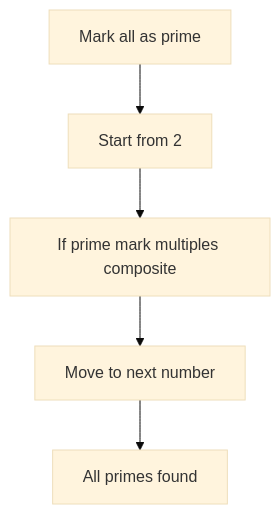
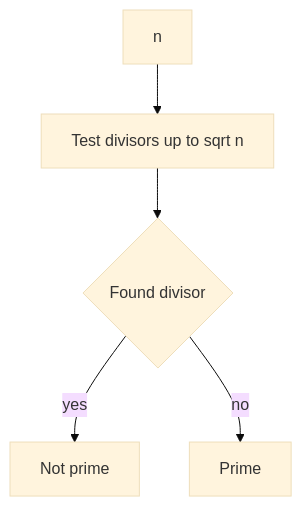
Diagram 12 of 14 in CP_DSA_NOTES/000_MATH/cp_dsa_math_visual_reference.md (mthaiseer/springcloud-systemdesign-notes), drawn with Mermaid (base theme) before and after one commit. The commit also changed other lines of this file, not shown here.

````diff
--- a/CP_DSA_NOTES/000_MATH/cp_dsa_math_visual_reference.md
+++ b/CP_DSA_NOTES/000_MATH/cp_dsa_math_visual_reference.md
@@ -451,7 +752,7 @@
 ```mermaid
 flowchart TD
-    A[Mark all as prime] --> B[Start from 2]
-    B --> C[If prime mark multiples composite]
-    C --> D[Move to next number]
-    D --> E[All primes found]
+    A[n] --> B[Test divisors up to sqrt n]
+    B --> C{Found divisor}
+    C -->|yes| D[Not prime]
+    C -->|no| E[Prime]
 ```
````
